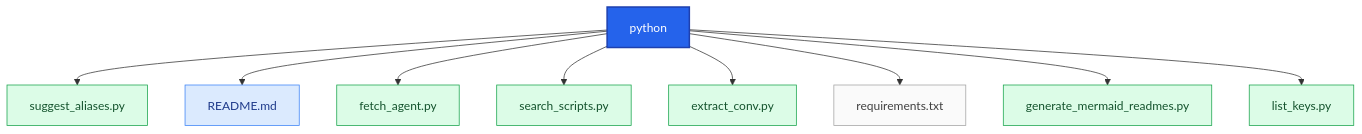
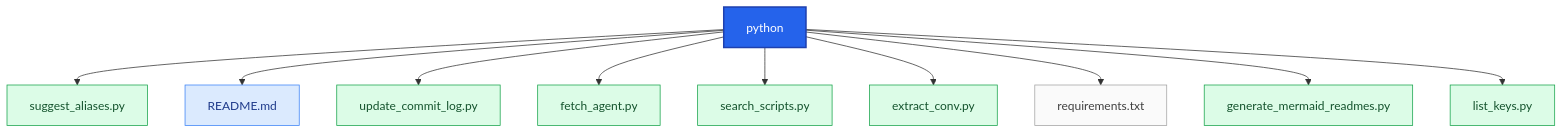
One commit to Richie086/scripts-public changed the diagram in python/README.md. Above: the diagram before and after it, drawn with Mermaid. The commit also changed 4 other files, not shown here.

Commit message:
Add wordpress blog post for suggest_aliases.py and update python requirements

````diff
--- a/python/README.md
+++ b/python/README.md
@@ -11,16 +11,17 @@
 ```mermaid
 graph TD
 	root["python"]:::root --> n1["suggest_aliases.py"]:::file-py
 	root["python"]:::root --> n2["README.md"]:::file-md
-	root["python"]:::root --> n3["fetch_agent.py"]:::file-py
-	root["python"]:::root --> n4["search_scripts.py"]:::file-py
-	root["python"]:::root --> n5["extract_conv.py"]:::file-py
-	root["python"]:::root --> n6["requirements.txt"]:::file-text
-	root["python"]:::root --> n7["generate_mermaid_readmes.py"]:::file-py
-	root["python"]:::root --> n8["list_keys.py"]:::file-py
+	root["python"]:::root --> n3["update_commit_log.py"]:::file-py
+	root["python"]:::root --> n4["fetch_agent.py"]:::file-py
+	root["python"]:::root --> n5["search_scripts.py"]:::file-py
+	root["python"]:::root --> n6["extract_conv.py"]:::file-py
+	root["python"]:::root --> n7["requirements.txt"]:::file-text
+	root["python"]:::root --> n8["generate_mermaid_readmes.py"]:::file-py
+	root["python"]:::root --> n9["list_keys.py"]:::file-py
 classDef root fill:#2563eb,stroke:#1e40af,stroke-width:2px,color:#ffffff;
 classDef folder fill:#fbbf24,stroke:#d97706,stroke-width:1px,color:#451a03;
 classDef file-md fill:#dbeafe,stroke:#3b82f6,stroke-width:1px,color:#1e3a8a;
 classDef file-py fill:#dcfce7,stroke:#16a34a,stroke-width:1px,color:#14532d;
 classDef file-text fill:#fafafa,stroke:#a3a3a3,stroke-width:1px,color:#404040;
 ```
````
